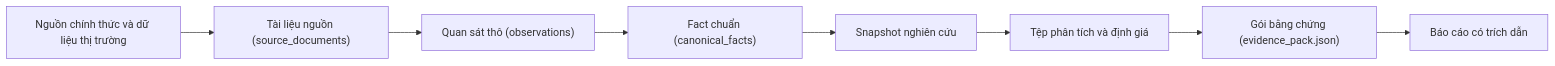
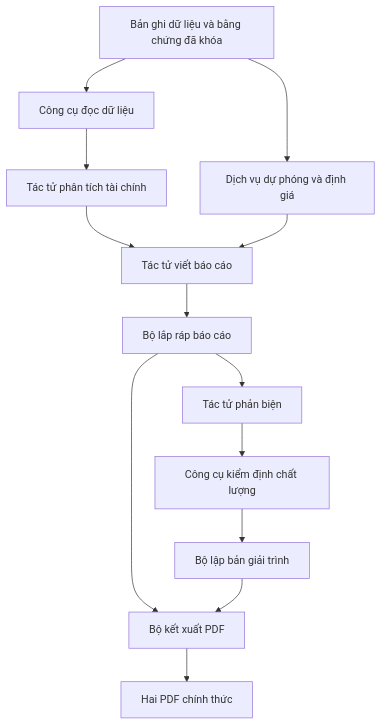
Before and after one commit to haubelerche/equity-research-system: the sixth of 9 diagrams in docs/SEQUENCE.md, drawn with Mermaid. The commit also changed other lines of this file and 122 other files, not shown here.

````diff
--- a/docs/SEQUENCE.md
+++ b/docs/SEQUENCE.md
@@ -236,19 +179,26 @@
 ```mermaid
-flowchart LR
-    A["Nguồn chính thức và dữ liệu thị trường"]
-    B["Tài liệu nguồn (source_documents)"]
-    C["Quan sát thô (observations)"]
-    D["Fact chuẩn (canonical_facts)"]
-    E["Snapshot nghiên cứu"]
-    F["Tệp phân tích và định giá"]
-    G["Gói bằng chứng (evidence_pack.json)"]
-    H["Báo cáo có trích dẫn"]
+flowchart TD
+    A["Bản ghi dữ liệu và bằng chứng đã khóa"]
+    B["Công cụ đọc dữ liệu"]
+    C["Tác tử phân tích tài chính"]
+    D["Dịch vụ dự phóng và định giá"]
+    E["Tác tử viết báo cáo"]
+    F["Bộ lắp ráp báo cáo"]
+    G["Tác tử phản biện"]
+    H["Công cụ kiểm định chất lượng"]
+    I["Bộ lập bản giải trình"]
+    J["Bộ kết xuất PDF"]
+    K["Hai PDF chính thức"]
 
-    A --> B
-    B --> C
-    C --> D
+    A --> B --> C
+    A --> D
+    C --> E
     D --> E
     E --> F
     F --> G
     G --> H
+    H --> I
+    F --> J
+    I --> J
+    J --> K
 ```
````
